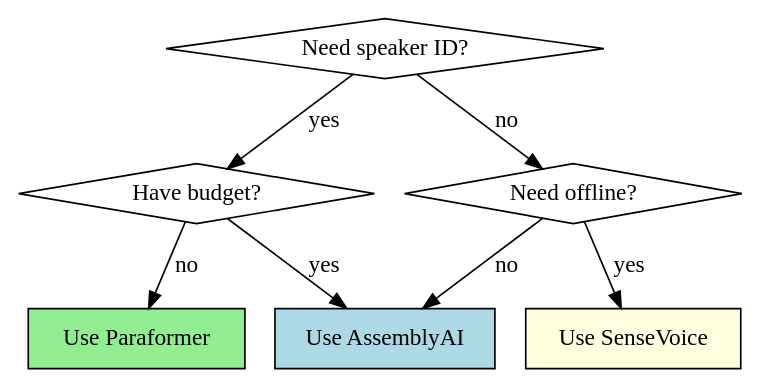
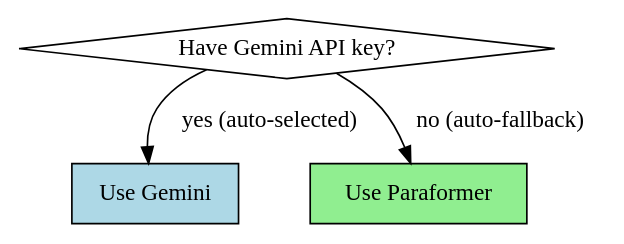
One commit to toller892/Agent-Skills changed the diagram in meeting-summarizer/SKILL.md. Above: the diagram before and after it, drawn with Graphviz. The commit also changed other lines of this file and 5 other files, not shown here.

First line of the commit message:
Simplify meeting-transcriber to dual-model architecture

````diff
--- a/meeting-summarizer/SKILL.md
+++ b/meeting-summarizer/SKILL.md
@@ -120,17 +196,10 @@
 ```dot
 digraph model_selection {
-    "Need speaker ID?" [shape=diamond];
-    "Have budget?" [shape=diamond];
-    "Need offline?" [shape=diamond];
+    "Have Gemini API key?" [shape=diamond];
+    "Use Gemini" [shape=box, style=filled, fillcolor=lightblue];
     "Use Paraformer" [shape=box, style=filled, fillcolor=lightgreen];
-    "Use AssemblyAI" [shape=box, style=filled, fillcolor=lightblue];
-    "Use SenseVoice" [shape=box, style=filled, fillcolor=lightyellow];
 
-    "Need speaker ID?" -> "Have budget?" [label="yes"];
-    "Need speaker ID?" -> "Need offline?" [label="no"];
-    "Have budget?" -> "Use AssemblyAI" [label="yes"];
-    "Have budget?" -> "Use Paraformer" [label="no"];
-    "Need offline?" -> "Use SenseVoice" [label="yes"];
-    "Need offline?" -> "Use AssemblyAI" [label="no"];
+    "Have Gemini API key?" -> "Use Gemini" [label="yes (auto-selected)"];
+    "Have Gemini API key?" -> "Use Paraformer" [label="no (auto-fallback)"];
 }
 ```
````
